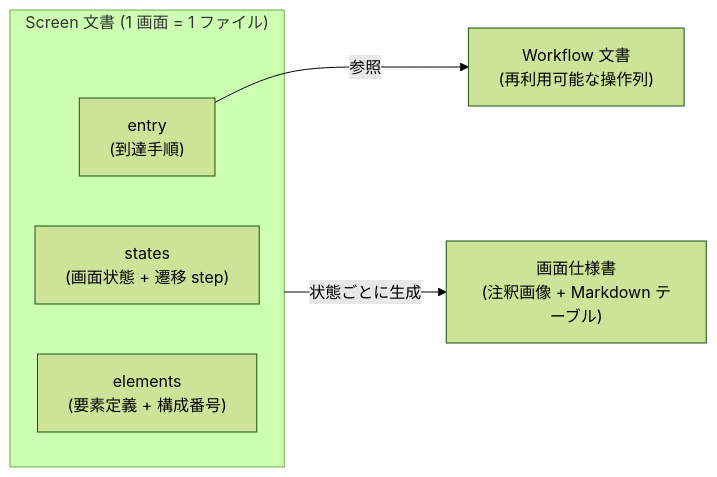
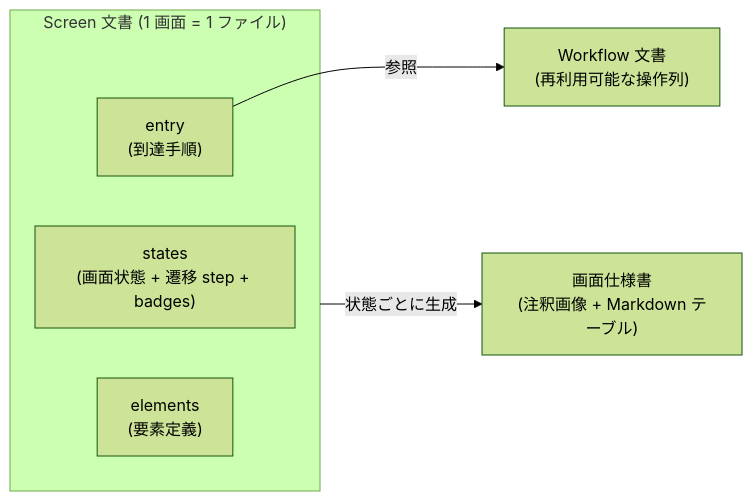
One commit to Fukuemon/screen-contract changed the diagram in adr/0003-dsl-structure.md. Above: the diagram before and after it, drawn with Mermaid (forest theme). The commit also changed other lines of this file and 8 other files, not shown here.

````diff
--- a/adr/0003-dsl-structure.md
+++ b/adr/0003-dsl-structure.md
@@ -26,12 +31,12 @@
 ```mermaid
 flowchart LR
     wf["Workflow 文書<br/>(再利用可能な操作列)"]
     subgraph screen["Screen 文書 (1 画面 = 1 ファイル)"]
         entry["entry<br/>(到達手順)"]
-        states["states<br/>(画面状態 + 遷移 step)"]
-        elements["elements<br/>(要素定義 + 構成番号)"]
+        states["states<br/>(画面状態 + 遷移 step + badges)"]
+        elements["elements<br/>(要素定義)"]
     end
     artifact["画面仕様書<br/>(注釈画像 + Markdown テーブル)"]
     entry -- 参照 --> wf
     screen -- 状態ごとに生成 --> artifact
 ```
````
